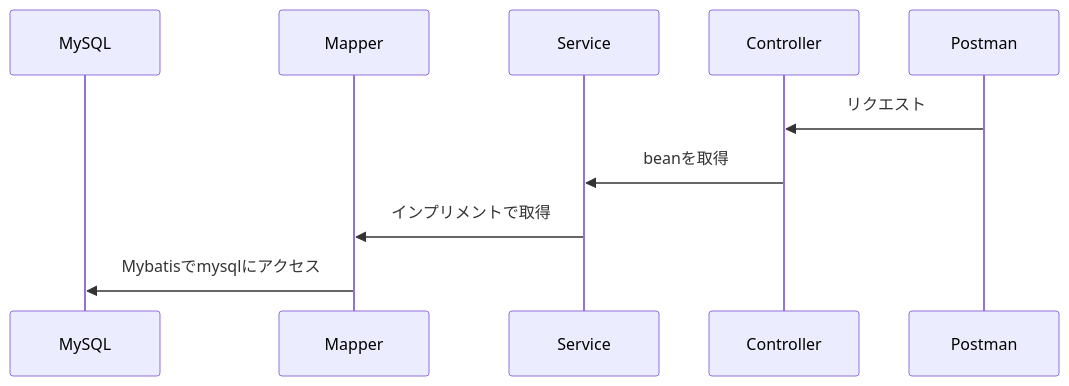
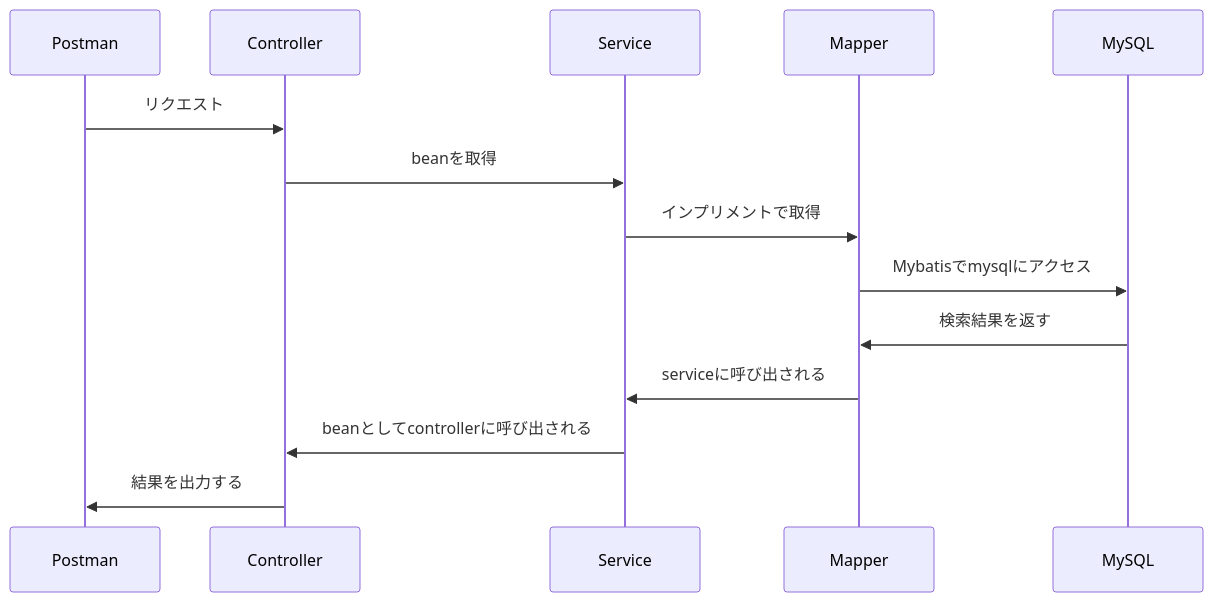
One commit to kainuma-sn/kadai7-9 changed the diagram in README.md. Above: the diagram before and after it, drawn with Mermaid.

````diff
--- a/README.md
+++ b/README.md
@@ -2,13 +2,18 @@
 ```mermaid
 sequenceDiagram
+    participant postman as Postman
+    participant controller as Controller
+    participant service as Service
+    participant mapper as Mapper
     participant mysql as MySQL
-    participant mapper as Mapper
-    participant service as Service
-    participant controller as Controller
-    participant postman as Postman
 
     postman ->> controller: リクエスト
     controller ->> service: beanを取得
     service ->> mapper: インプリメントで取得
     mapper ->> mysql: Mybatisでmysqlにアクセス
+    mysql ->> mapper: 検索結果を返す
+    mapper ->> service: serviceに呼び出される
+    service ->> controller: beanとしてcontrollerに呼び出される
+    controller ->> postman: 結果を出力する
+
 ```
````
